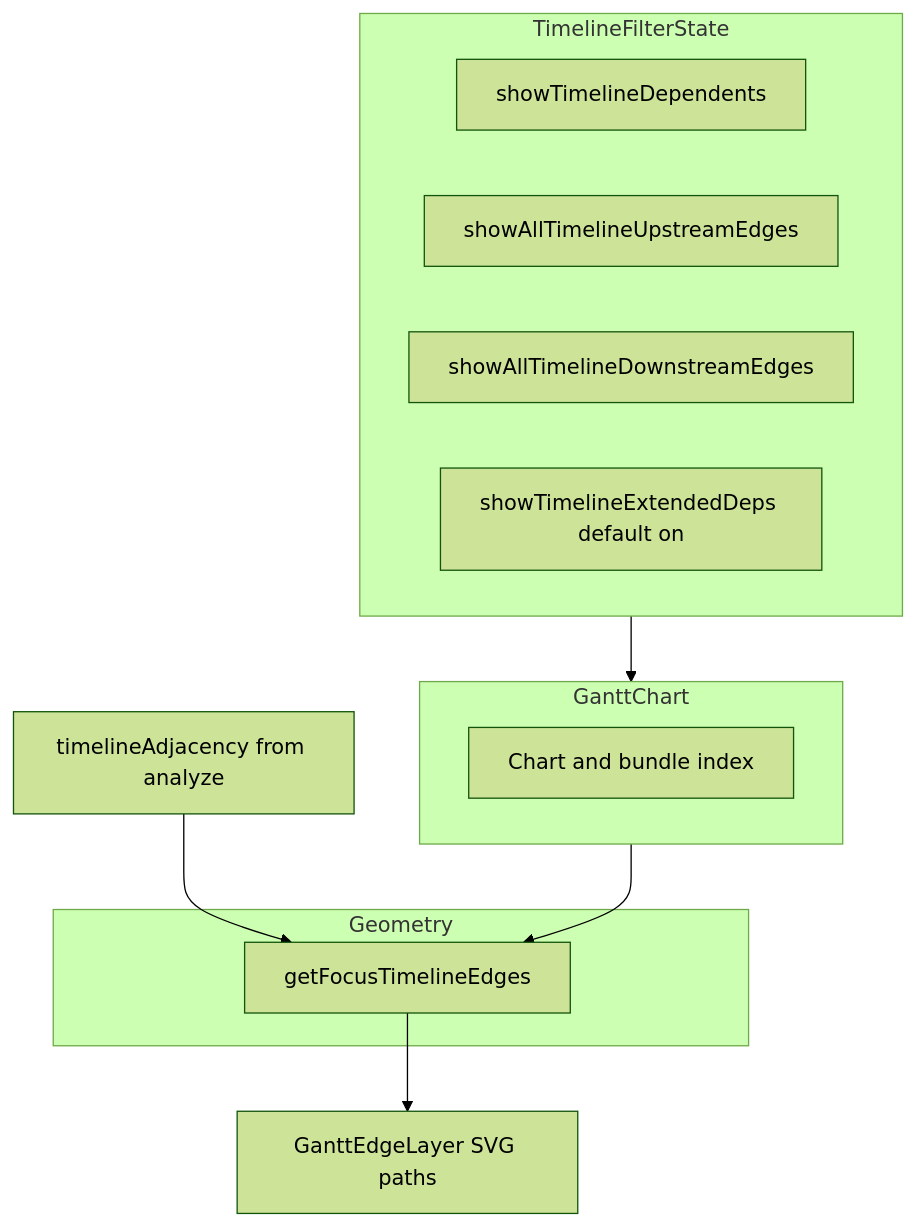
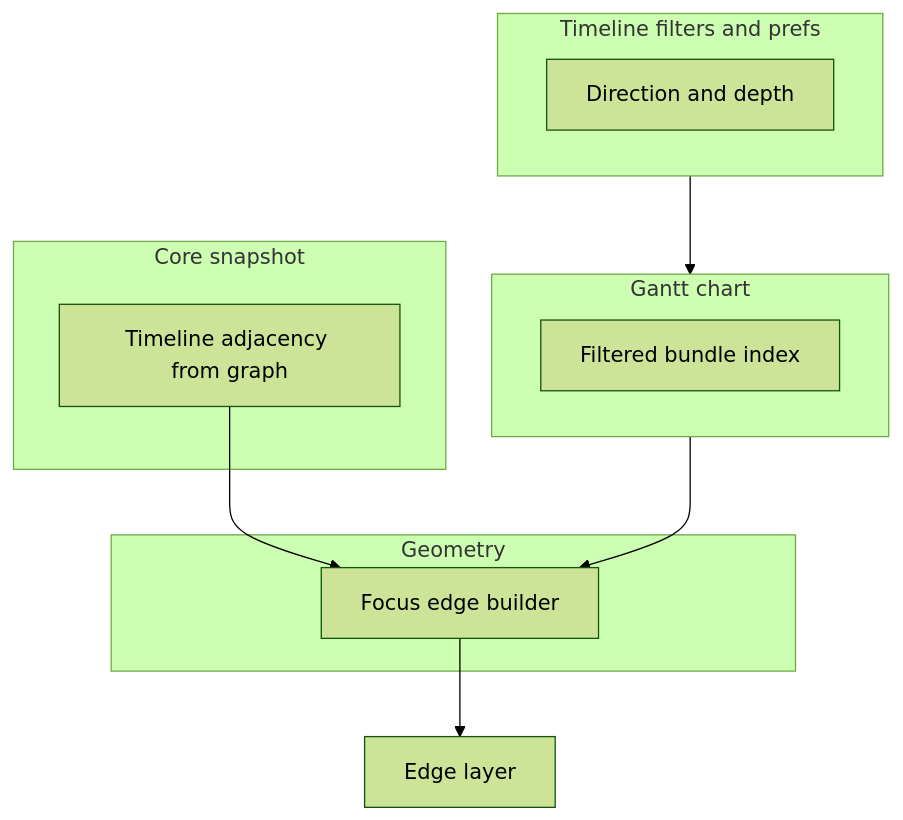
The diagram in docs/adr/0023-symmetric-capped-focus-dependency-edges-on-the-execution-timeline.md (yu-iskw/dbt-artifacts-parser-ts), drawn with Mermaid (forest theme) before and after one commit. The commit also changed other lines of this file and 29 other files, not shown here.

````diff
--- a/docs/adr/0023-symmetric-capped-focus-dependency-edges-on-the-execution-timeline.md
+++ b/docs/adr/0023-symmetric-capped-focus-dependency-edges-on-the-execution-timeline.md
@@ -52,19 +64,19 @@
 ```mermaid
 flowchart TB
-  subgraph filters [TimelineFilterState]
-    dep[showTimelineDependents]
-    allUp[showAllTimelineUpstreamEdges]
-    allDown[showAllTimelineDownstreamEdges]
-    ext[showTimelineExtendedDeps default on]
+  subgraph filters [Timeline filters and prefs]
+    dir[Direction and depth]
   end
-  subgraph chart [GanttChart]
-    gc[Chart and bundle index]
+  subgraph chart [Gantt chart]
+    bundle[Filtered bundle index]
   end
   subgraph derive [Geometry]
-    geo[getFocusTimelineEdges]
+    geo[Focus edge builder]
+  end
+  subgraph data [Core snapshot]
+    adj[Timeline adjacency from graph]
   end
   filters --> chart
   chart --> geo
-  adj[timelineAdjacency from analyze] --> geo
-  geo --> svg[GanttEdgeLayer SVG paths]
+  adj --> geo
+  geo --> svg[Edge layer]
 ```
````
